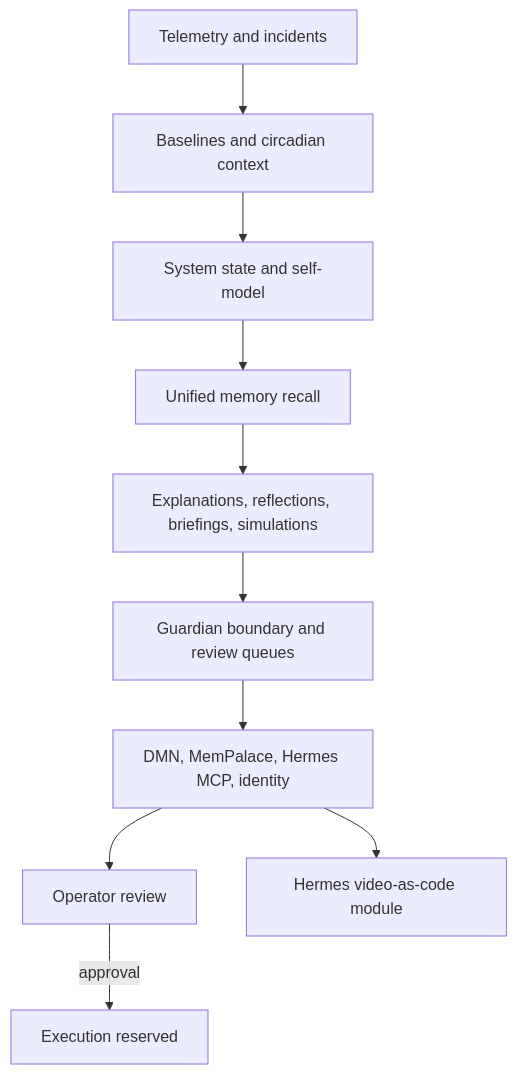
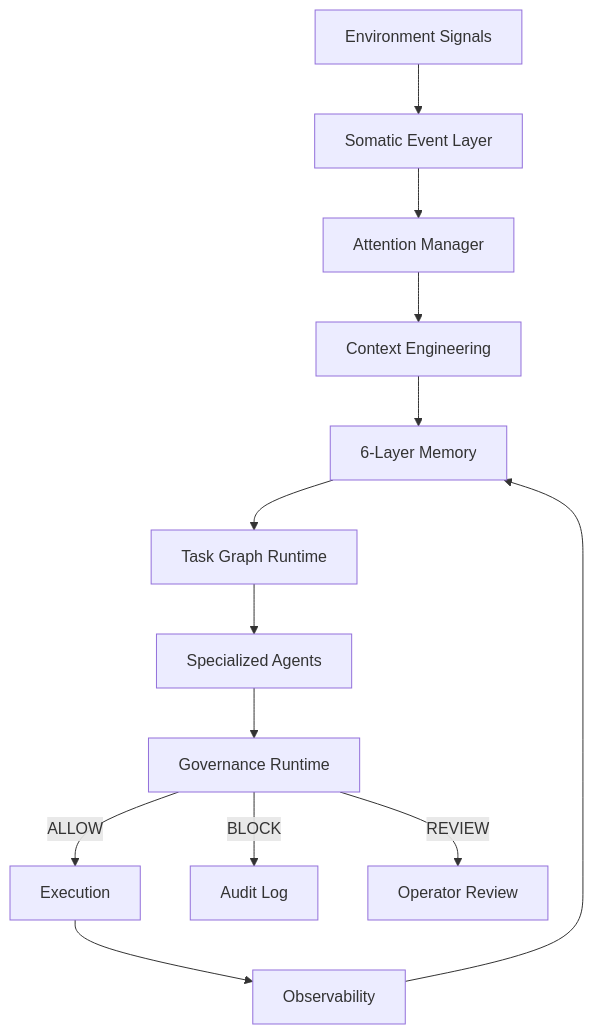
The diagram in README.md (alicken-lai/ambient-somatic-intelligence), drawn with Mermaid before and after one commit. The commit also changed other lines of this file, not shown here.

First line of the commit message:
docs: update README for cognitive architecture v0.2.0-alpha

````diff
--- a/README.md
+++ b/README.md
@@ -21,12 +19,15 @@
 ```mermaid
 flowchart TD
-    T[Telemetry and incidents] --> B[Baselines and circadian context]
-    B --> S[System state and self-model]
-    S --> R[Unified memory recall]
-    R --> E[Explanations, reflections, briefings, simulations]
-    E --> G[Guardian boundary and review queues]
-    G --> M[DMN, MemPalace, Hermes MCP, identity]
-    M --> O[Operator review]
-    O -->|approval| X[Execution reserved]
-    M --> V[Hermes video-as-code module]
+    ENV[Environment Signals] --> SM[Somatic Event Layer]
+    SM --> ATT[Attention Manager]
+    ATT --> CTX[Context Engineering]
+    CTX --> MEM[6-Layer Memory]
+    MEM --> TG[Task Graph Runtime]
+    TG --> AGT[Specialized Agents]
+    AGT --> GOV[Governance Runtime]
+    GOV -->|ALLOW| EXEC[Execution]
+    GOV -->|BLOCK| AUDIT[Audit Log]
+    GOV -->|REVIEW| OPS[Operator Review]
+    EXEC --> OBS[Observability]
+    OBS --> MEM
 ```
````
